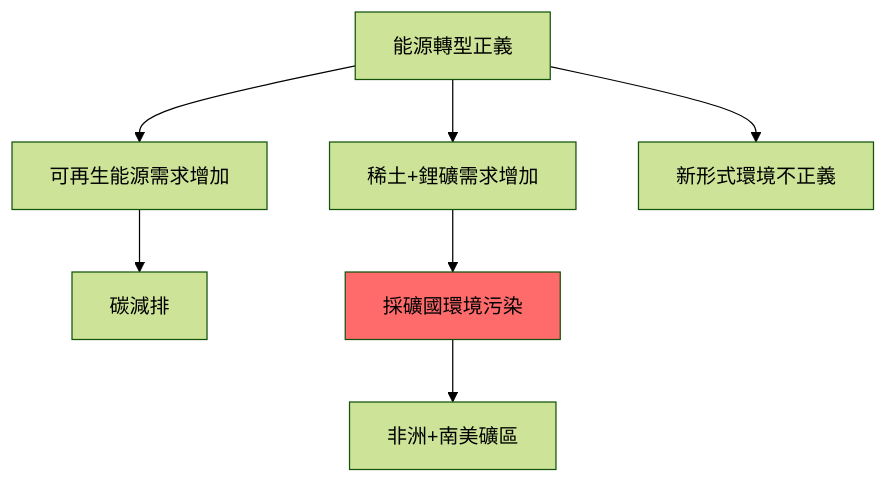
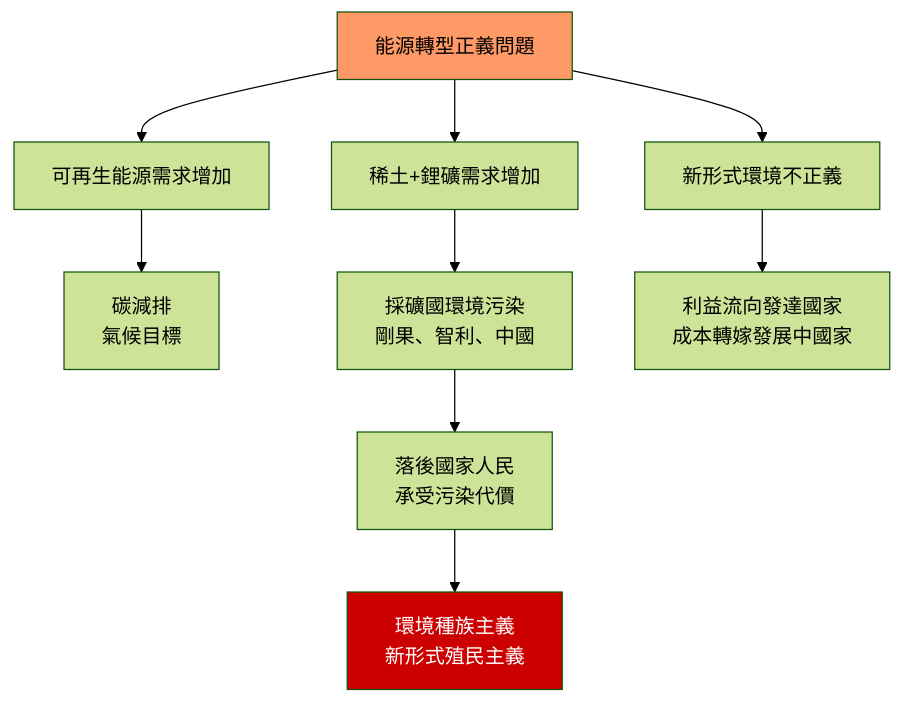
One commit to yip-lgtm/HKU-Harvard-History-Self-Study changed the tenth of 10 diagrams in 01_HKU_Courses/HIST2193_History_of_Energy.md. Above: the diagram before and after it, drawn with Mermaid (forest theme). The commit also changed other lines of this file and 22 other files, not shown here.

````diff
--- a/01_HKU_Courses/HIST2193_History_of_Energy.md
+++ b/01_HKU_Courses/HIST2193_History_of_Energy.md
@@ -176,10 +471,16 @@
 ```mermaid
 graph TD
-    A["能源轉型正義"] --> B["可再生能源需求增加"]
-    A --> C["稀土+鋰礦需求增加"]
-    A --> D["新形式環境不正義"]
-    B --> E["碳減排"]
-    C --> F["採礦國環境污染"]
-    F --> G["非洲+南美礦區"]
-    style F fill:#FF6B6B
+    A[能源轉型正義問題] --> B[可再生能源需求增加]
+    A --> C[稀土+鋰礦需求增加]
+    A --> D[新形式環境不正義]
+    
+    B --> B1[碳減排<br/>氣候目標]
+    C --> C1[採礦國環境污染<br/>剛果、智利、中國]
+    D --> D1[利益流向發達國家<br/>成本轉嫁發展中國家]
+    
+    C1 --> E[落後國家人民<br/>承受污染代價]
+    E --> F[環境種族主義<br/>新形式殖民主義]
+    
+    style F fill:#c00,color:#fff
+    style A fill:#f96
 ```
````
